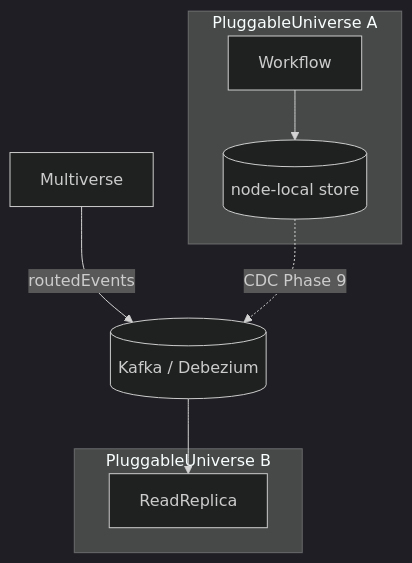
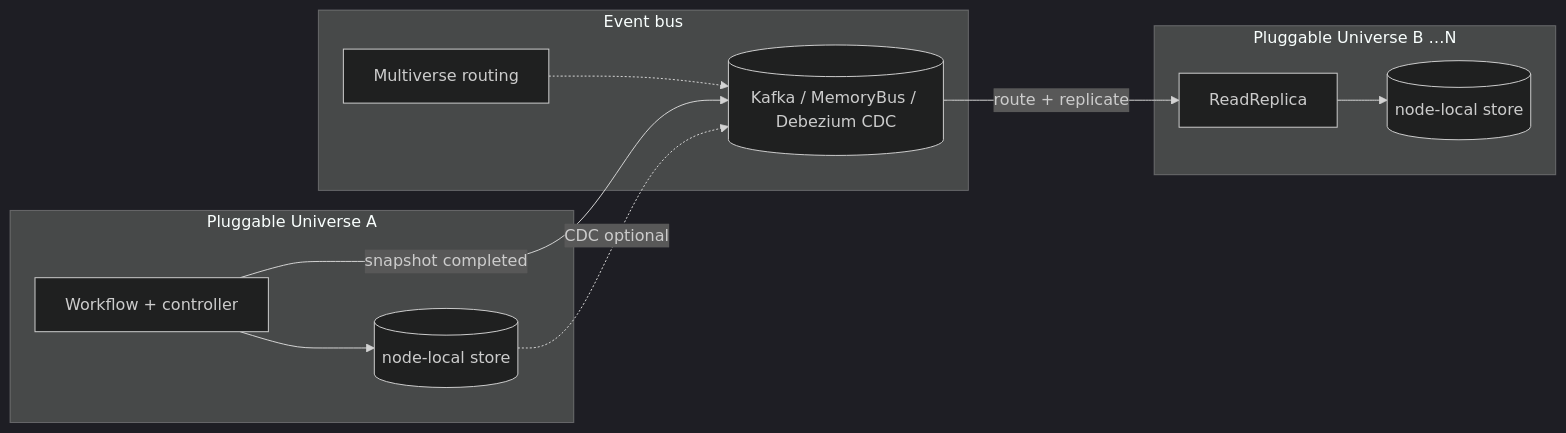
One commit to jmjava/uber-lang-of-compute changed diagram 15 of 17 in docs/diagrams.md. Above: the diagram before and after it, drawn with Mermaid (dark theme). The commit also changed other lines of this file and 4 other files, not shown here.

First line of the commit message:
docs: show multi-KBL communication via Multiverse + Kafka

````diff
--- a/docs/diagrams.md
+++ b/docs/diagrams.md
@@ -340,14 +358,24 @@
 ```mermaid
-flowchart TB
-  subgraph uniA [PluggableUniverse A]
-    WFA[Workflow] --> StoreA[(node-local store)]
+flowchart LR
+  subgraph uniA [Pluggable Universe A]
+    WFA[Workflow + controller]
+    StoreA[(node-local store)]
+    WFA --> StoreA
   end
 
-  subgraph uniB [PluggableUniverse B]
-    RRB[ReadReplica]
+  subgraph bus [Event bus]
+    MV[Multiverse routing]
+    KFK[(Kafka / MemoryBus / Debezium CDC)]
+    MV -.-> KFK
   end
 
-  MV[Multiverse] -->|routedEvents| Kafka[(Kafka / Debezium)]
-  Kafka --> RRB
-  StoreA -.->|CDC Phase 9| Kafka
+  subgraph uniB [Pluggable Universe B …N]
+    RRB[ReadReplica]
+    StoreB[(node-local store)]
+    RRB --> StoreB
+  end
+
+  WFA -->|snapshot completed| KFK
+  StoreA -.->|CDC optional| KFK
+  KFK -->|route + replicate| RRB
 ```
````
